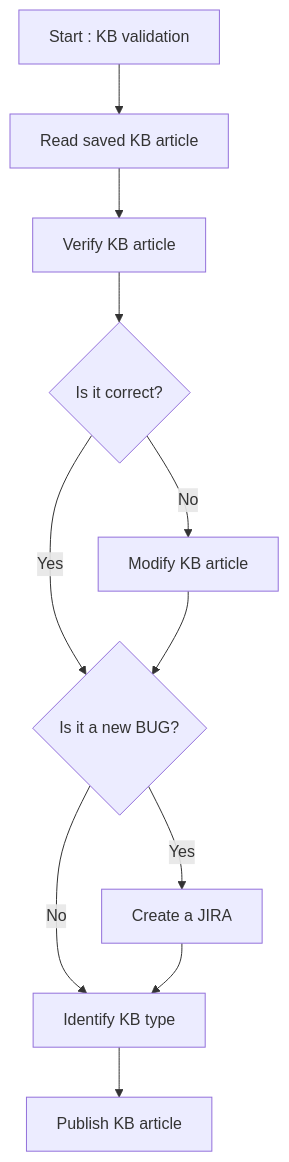
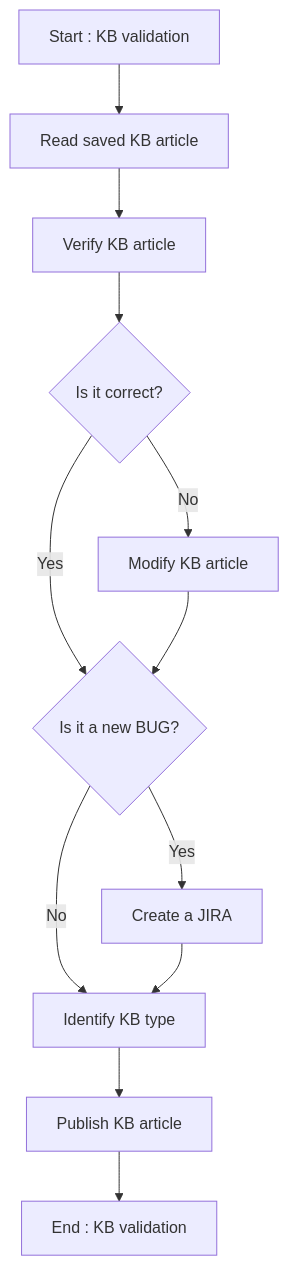
Before and after one commit to alexvea/KB: the third of 4 diagrams in README.md, drawn with Mermaid. The commit also changed other lines of this file, not shown here.

````diff
--- a/README.md
+++ b/README.md
@@ -165,13 +166,14 @@
 ```mermaid
 flowchart TD
 A[Start : KB validation] --> B[Read saved KB article];
 B[Read saved KB article] --> C[Verify KB article];
 C[Verify KB article] --> D{Is it correct?};
 D -- Yes --> E{Is it a new BUG?};
 D -- No --> F[Modify KB article];
 F --> E{Is it a new BUG?}
-E -- Yes --> H[Create a JIRA];
-E -- No --> I[Identify KB type];
-H --> I[Identify KB type];
-I[Identify KB type] --> J[Publish KB article];
+E -- Yes --> G[Create a JIRA];
+E -- No --> H[Identify KB type];
+G --> H[Identify KB type];
+H[Identify KB type] --> I[Publish KB article];
+I[Publish KB article] --> J[End : KB validation];
 ```
````
